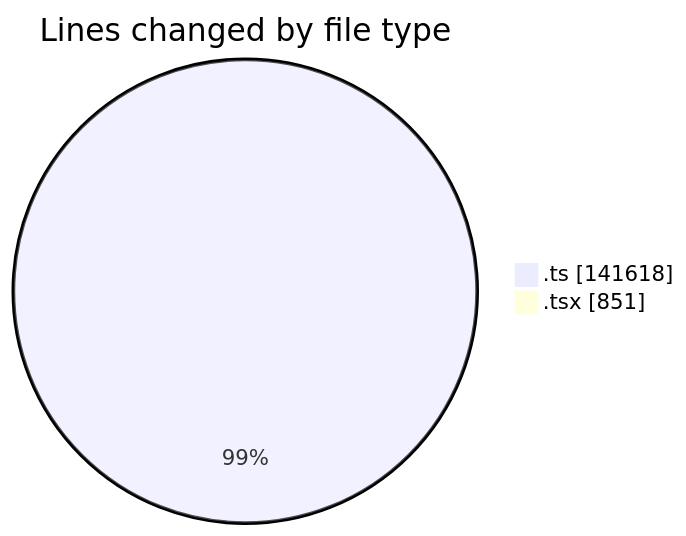
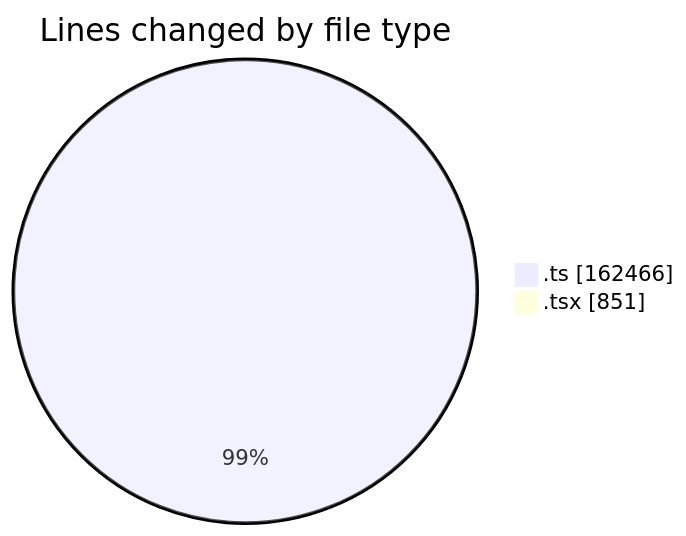
Before and after one commit to momahboobian/code-tracking: the first of 2 diagrams in 2025-08-22/cda/README.md, drawn with Mermaid. The commit also changed other lines of this file and 1 other file, not shown here.

````diff
--- a/2025-08-22/cda/README.md
+++ b/2025-08-22/cda/README.md
@@ -34,6 +34,6 @@
 ```mermaid
 pie showData
 title Lines changed by file type
-".ts" : 141618
+".ts" : 162466
 ".tsx" : 851
 ```
````
